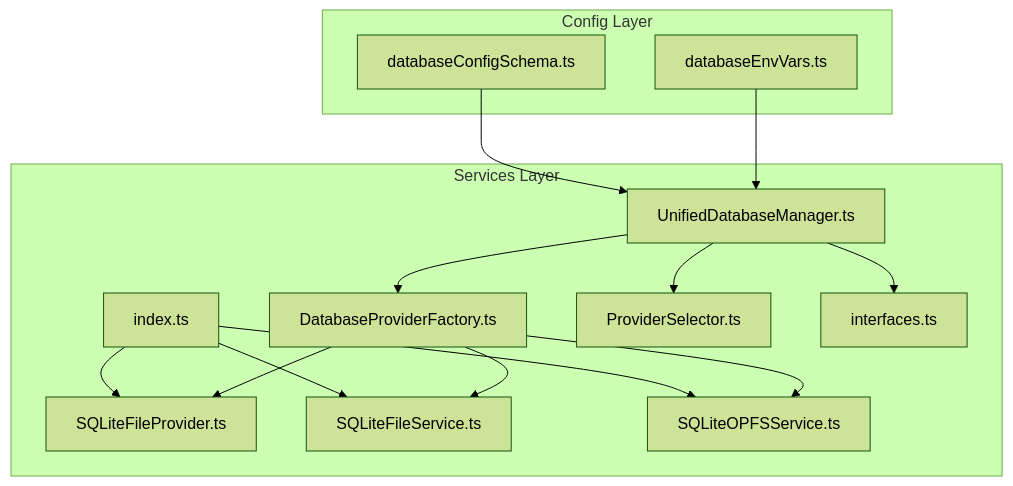
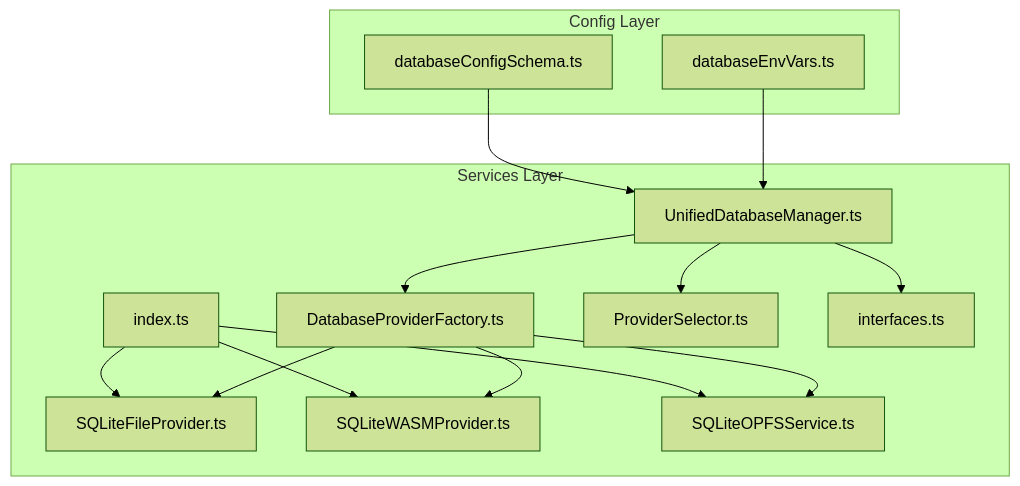
The first of 7 diagrams in .qoder/repowiki/en/content/Data Layer/Database Providers/SQLite Provider.md (geniusdynamics/schoolpilot), drawn with Mermaid (forest theme) before and after one commit. The commit also changed other lines of this file and 16 other files, not shown here.

````diff
--- a/.qoder/repowiki/en/content/Data Layer/Database Providers/SQLite Provider.md
+++ b/.qoder/repowiki/en/content/Data Layer/Database Providers/SQLite Provider.md
@@ -47,28 +58,28 @@
 ```mermaid
 graph TB
 subgraph "Services Layer"
 A["SQLiteFileProvider.ts"]
-B["SQLiteFileService.ts"]
+B["SQLiteWASMProvider.ts"]
 C["SQLiteOPFSService.ts"]
 D["index.ts"]
 E["UnifiedDatabaseManager.ts"]
 F["DatabaseProviderFactory.ts"]
 G["ProviderSelector.ts"]
 H["interfaces.ts"]
 end
 subgraph "Config Layer"
 I["databaseConfigSchema.ts"]
 J["databaseEnvVars.ts"]
 end
 D --> A
 D --> B
 D --> C
 E --> F
 F --> A
 F --> B
 F --> C
 E --> G
 E --> H
 I --> E
 J --> E
 ```
````
